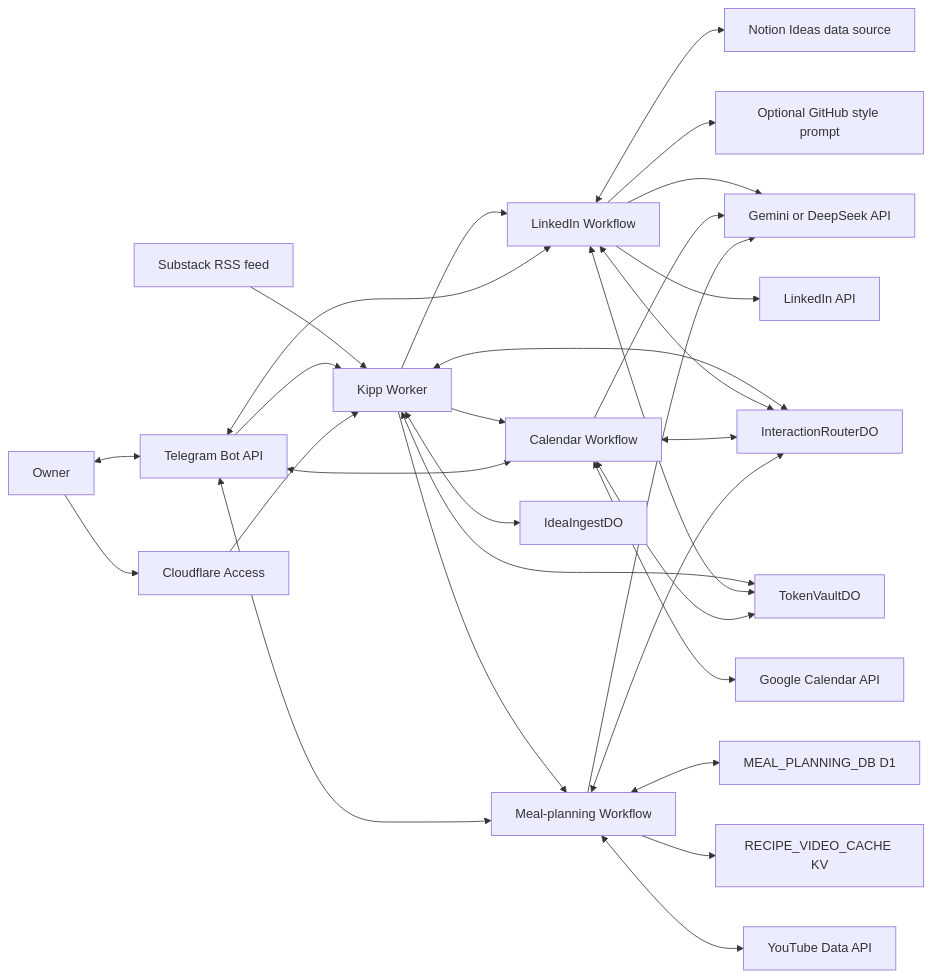
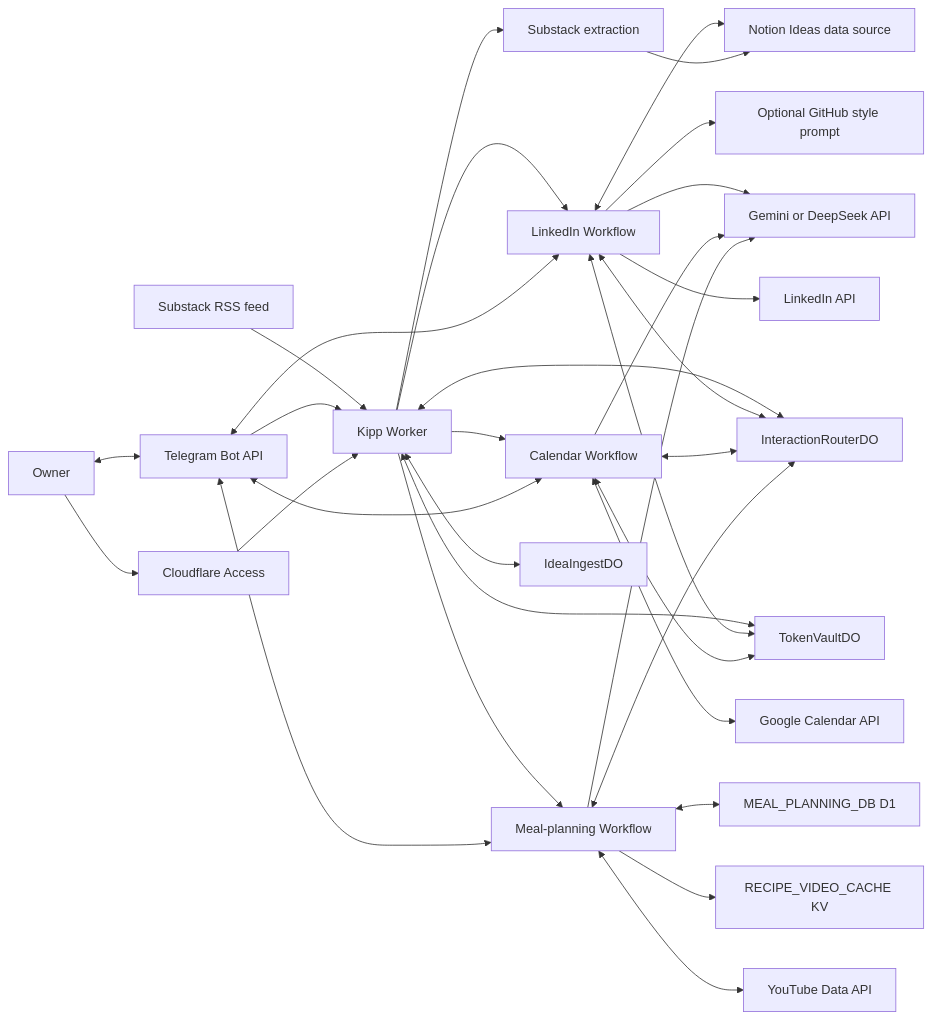
Before and after one commit to satwikhebbar/kipp: the first of 2 diagrams in docs/architecture/system.md, drawn with Mermaid. The commit also changed 5 other files, not shown here.

````diff
--- a/docs/architecture/system.md
+++ b/docs/architecture/system.md
@@ -11,33 +11,35 @@
 ```mermaid
 flowchart LR
   owner["Owner"] <--> telegram["Telegram Bot API"]
   substack["Substack RSS feed"] --> worker["Kipp Worker"]
   telegram --> worker
   owner --> access["Cloudflare Access"] --> worker
 
   worker --> linkedinFlow["LinkedIn Workflow"]
   worker --> calendarFlow["Calendar Workflow"]
   worker --> mealFlow["Meal-planning Workflow"]
+  worker --> substackExtract["Substack extraction"]
   worker <--> router["InteractionRouterDO"]
   worker <--> vault["TokenVaultDO"]
   worker <--> ingest["IdeaIngestDO"]
 
   linkedinFlow <--> data["Notion Ideas data source"]
+  substackExtract --> data
   linkedinFlow --> github["Optional GitHub style prompt"]
   linkedinFlow --> llm["Gemini or DeepSeek API"]
   linkedinFlow --> linkedin["LinkedIn API"]
   calendarFlow --> llm
   calendarFlow <--> calendar["Google Calendar API"]
   mealFlow --> llm
   mealFlow <--> mealDb["MEAL_PLANNING_DB D1"]
   mealFlow --> mealVideo["RECIPE_VIDEO_CACHE KV"]
   mealFlow <--> youtube["YouTube Data API"]
   linkedinFlow <--> telegram
   calendarFlow <--> telegram
   mealFlow <--> telegram
   linkedinFlow <--> router
   calendarFlow <--> router
   mealFlow <--> router
   linkedinFlow <--> vault
   calendarFlow <--> vault
 ```
````
